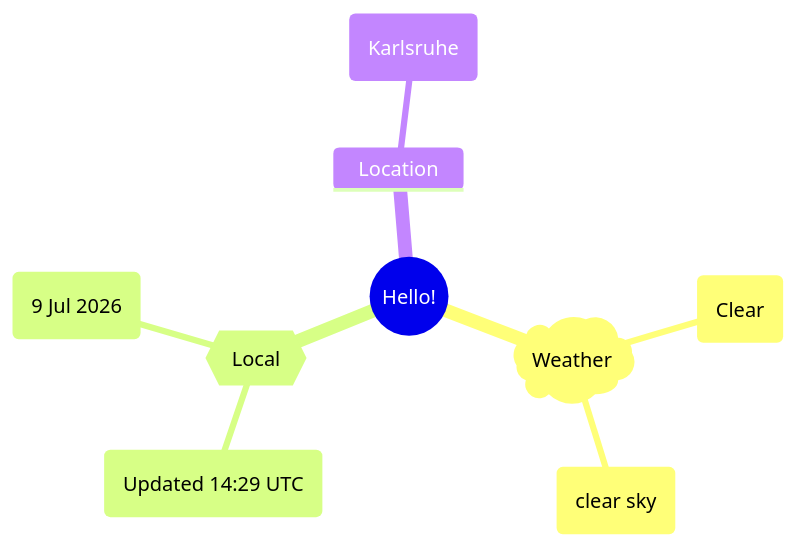
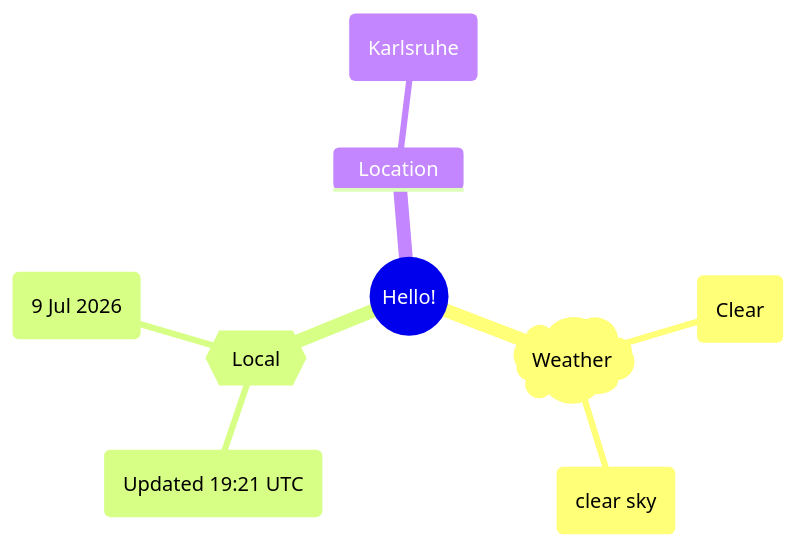
Before and after one commit to Xosrov/Xosrov: the first of 2 diagrams in README.md, drawn with Mermaid.

Commit message:
[bot] updated images

````diff
--- a/README.md
+++ b/README.md
@@ -3,12 +3,12 @@
 ```mermaid
 mindmap
   root((Hello!))
     )Weather(
         (Clear)
         (clear sky)
     {{Local}}
-        (Updated 14:29 UTC)
+        (Updated 19:21 UTC)
         (9 Jul 2026)
     Location
         (Karlsruhe)
 ```
````
